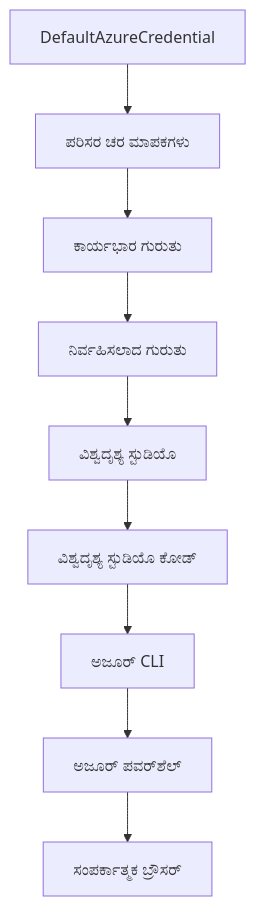
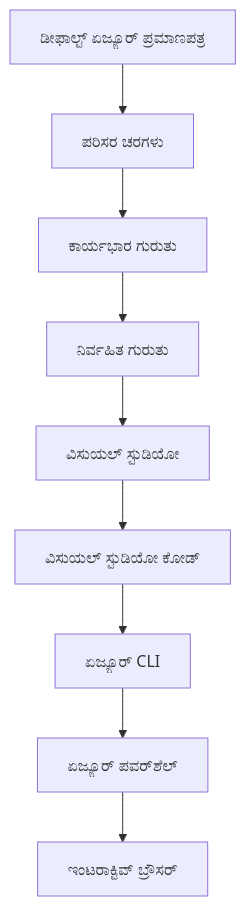
The second of 2 diagrams in translations/kn/docs/chapter-01-foundation/azd-basics.md (microsoft/AZD-for-beginners), drawn with Mermaid before and after one commit. The commit also changed other lines of this file and 104 other files, not shown here.

````diff
--- a/translations/kn/docs/chapter-01-foundation/azd-basics.md
+++ b/translations/kn/docs/chapter-01-foundation/azd-basics.md
@@ -591,11 +606,11 @@
 ```mermaid
 graph TD
-    A[DefaultAzureCredential] --> B[ಪರಿಸರ ಚರ ಮಾಪಕಗಳು]
+    A[ಡೀಫಾಲ್ಟ್ ಏಜ್ಯೂರ್ ಪ್ರಮಾಣಪತ್ರ] --> B[ಪರಿಸರ ಚರಗಳು]
     B --> C[ಕಾರ್ಯಭಾರ ಗುರುತು]
-    C --> D[ನಿರ್ವಹಿಸಲಾದ ಗುರುತು]
-    D --> E[ವಿಶ್ವದೃಶ್ಯ ಸ್ಟುಡಿಯೊ]
-    E --> F[ವಿಶ್ವದೃಶ್ಯ ಸ್ಟುಡಿಯೊ ಕೋಡ್]
-    F --> G[ಅಜೂರ್ CLI]
-    G --> H[ಅಜೂರ್ ಪವರ್‌ಶೆಲ್]
-    H --> I[ಸಂಪರ್ಕಾತ್ಮಕ ಬ್ರೌಸರ್]
+    C --> D[ನಿರ್ವಹಿತ ಗುರುತು]
+    D --> E[ವಿಸುಯಲ್ ಸ್ಟುಡಿಯೋ]
+    E --> F[ವಿಸುಯಲ್ ಸ್ಟುಡಿಯೋ ಕೋಡ್]
+    F --> G[ಏಜ್ಯೂರ್ CLI]
+    G --> H[ಏಜ್ಯೂರ್ ಪವರ್‌ಶೆಲ್]
+    H --> I[ಇಂಟರಾಕ್ಟಿವ್ ಬ್ರೌಸರ್]
 ```
````
